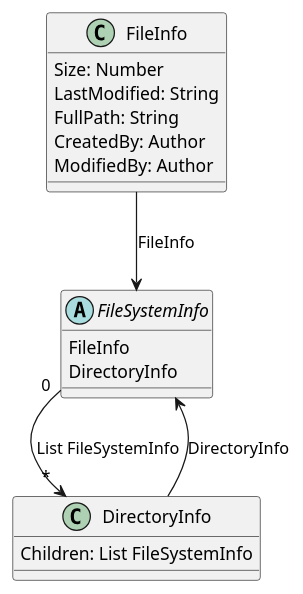
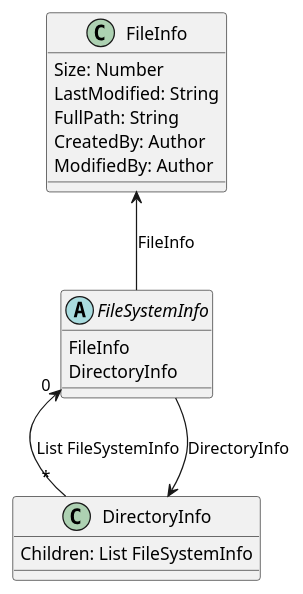
The diagram in Examples/.out/v0.0.1/FileSystem/FileSystem.puml (Baudin999/car-lang), drawn with PlantUML before and after one commit. The commit also changed 29 other files, not shown here.

```diff
--- a/Examples/.out/v0.0.1/FileSystem/FileSystem.puml
+++ b/Examples/.out/v0.0.1/FileSystem/FileSystem.puml
@@ -1,17 +1,17 @@
 class "FileInfo" as FileInfo  {
 	Size: Number 
 	LastModified: String 
 	FullPath: String 
 	CreatedBy: Author 
 	ModifiedBy: Author 
 }
 class "DirectoryInfo" as DirectoryInfo  {
 	Children: List FileSystemInfo
 }
-FileSystemInfo "0" --> "*" DirectoryInfo : List FileSystemInfo
+FileSystemInfo "0" <-- "*" DirectoryInfo : List FileSystemInfo
 abstract "FileSystemInfo" as FileSystemInfo {
 	FileInfo 
 	DirectoryInfo 
 }
-FileInfo --> FileSystemInfo : FileInfo
-DirectoryInfo --> FileSystemInfo : DirectoryInfo
+FileInfo <-- FileSystemInfo : FileInfo
+DirectoryInfo <-- FileSystemInfo : DirectoryInfo
```
